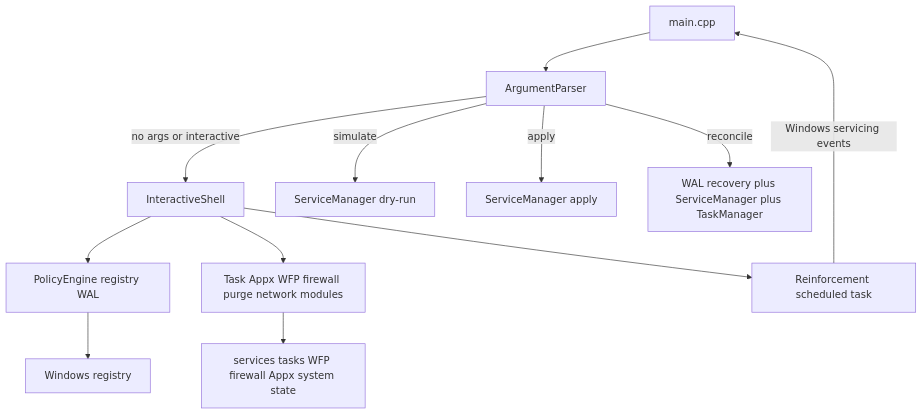
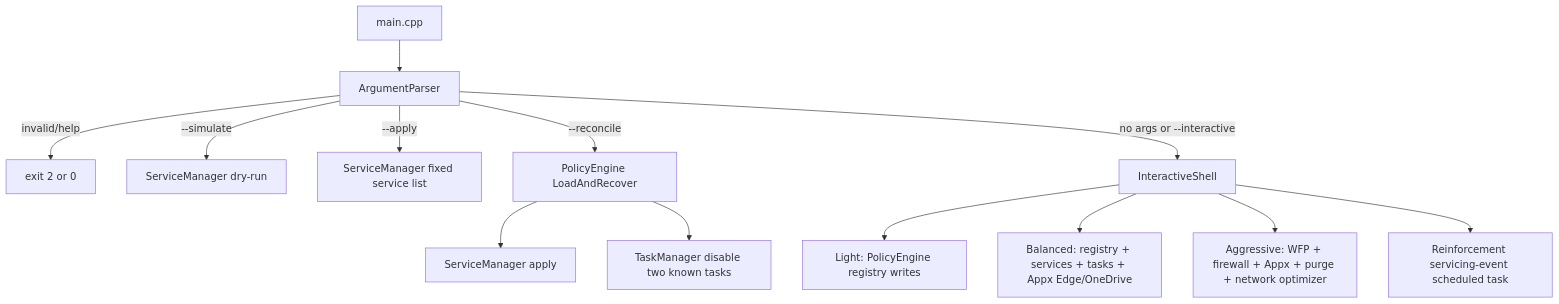
One commit to genesisgzdev/Aegis11 changed the first of 3 diagrams in docs/ARCHITECTURE.md. Above: the diagram before and after it, drawn with Mermaid. The commit also changed other lines of this file, not shown here.

Commit message:
docs: deepen mode routing and WAL architecture

```diff
--- a/docs/ARCHITECTURE.md
+++ b/docs/ARCHITECTURE.md
@@ -3,14 +7,15 @@
 ~~~mermaid
 flowchart TD
-    Main[main.cpp] --> Parse[ArgumentParser]
-    Parse -->|no args or interactive| UI[InteractiveShell]
-    Parse -->|simulate| Sim[ServiceManager dry-run]
-    Parse -->|apply| Apply[ServiceManager apply]
-    Parse -->|reconcile| Rec[WAL recovery plus ServiceManager plus TaskManager]
-    UI --> Policy[PolicyEngine registry WAL]
-    UI --> Modules[Task Appx WFP firewall purge network modules]
-    UI --> Reinforce[Reinforcement scheduled task]
-    Policy --> Registry[Windows registry]
-    Modules --> Windows[services tasks WFP firewall Appx system state]
-    Reinforce -->|Windows servicing events| Main
+    MAIN[main.cpp] --> P[ArgumentParser]
+    P -->|invalid/help| EXIT[exit 2 or 0]
+    P -->|--simulate| DRY[ServiceManager dry-run]
+    P -->|--apply| APPLY[ServiceManager fixed service list]
+    P -->|--reconcile| REC[PolicyEngine LoadAndRecover]
+    REC --> S[ServiceManager apply]
+    REC --> T[TaskManager disable two known tasks]
+    P -->|no args or --interactive| UI[InteractiveShell]
+    UI --> L[Light: PolicyEngine registry writes]
+    UI --> B[Balanced: registry + services + tasks + Appx Edge/OneDrive]
+    UI --> A[Aggressive: WFP + firewall + Appx + purge + network optimizer]
+    UI --> W[Reinforcement servicing-event scheduled task]
 ~~~
```
